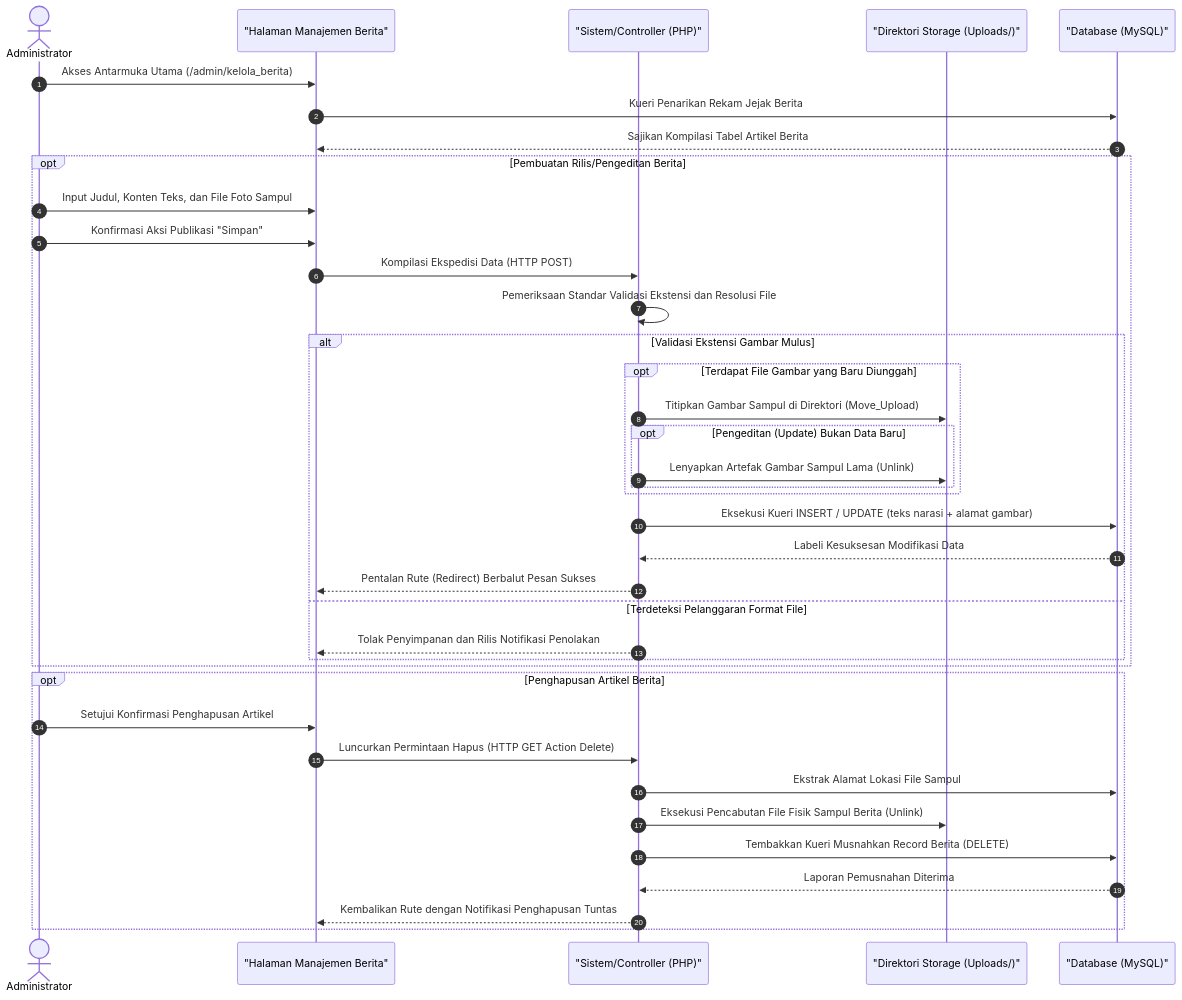
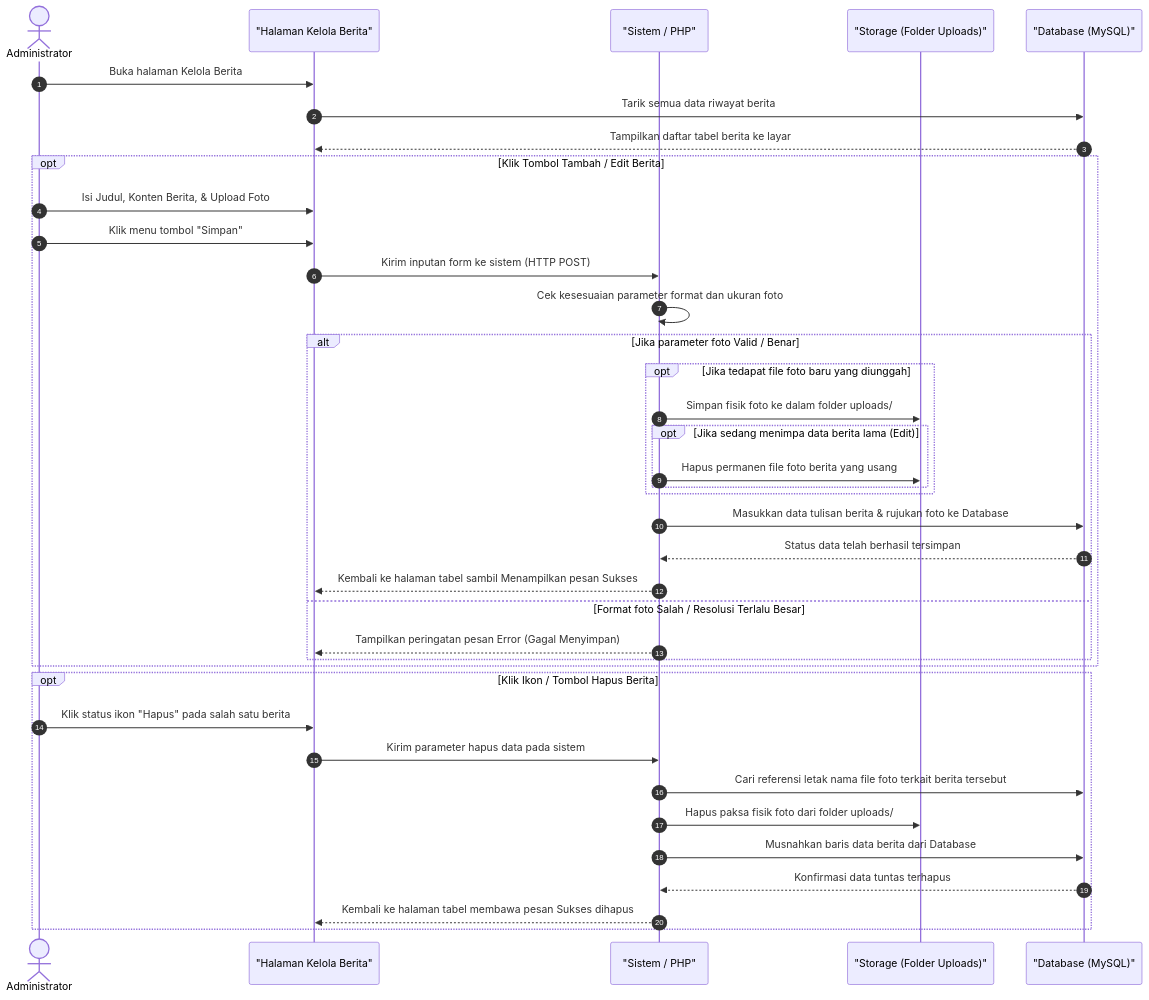
One commit to arbain-dev/Web_fikom changed the third of 17 diagrams in docs/kumpulan_sequence_backend.md. Above: the diagram before and after it, drawn with Mermaid. The commit also changed 2 other files, not shown here.

Commit message:
docs: ubah bahasa sequence diagram berita mendjadi lebih sederhana dan praktis

````diff
--- a/docs/kumpulan_sequence_backend.md
+++ b/docs/kumpulan_sequence_backend.md
@@ -95,48 +95,48 @@
 ```mermaid
 sequenceDiagram
     autonumber
     actor Admin as Administrator
-    participant View as "Halaman Manajemen Berita"
-    participant System as "Sistem/Controller (PHP)"
-    participant Server as "Direktori Storage (Uploads/)"
+    participant View as "Halaman Kelola Berita"
+    participant System as "Sistem / PHP"
+    participant Server as "Storage (Folder Uploads)"
     participant DB as "Database (MySQL)"
 
-    Admin->>View: Akses Antarmuka Utama (/admin/kelola_berita)
-    View->>DB: Kueri Penarikan Rekam Jejak Berita
-    DB-->>View: Sajikan Kompilasi Tabel Artikel Berita
+    Admin->>View: Buka halaman Kelola Berita
+    View->>DB: Tarik semua data riwayat berita
+    DB-->>View: Tampilkan daftar tabel berita ke layar
 
-    %% Proses Tambah / Edit Berita
-    opt Pembuatan Rilis/Pengeditan Berita
-        Admin->>View: Input Judul, Konten Teks, dan File Foto Sampul
-        Admin->>View: Konfirmasi Aksi Publikasi "Simpan"
-        View->>System: Kompilasi Ekspedisi Data (HTTP POST)
+    %% Proses Tambah / Edit
+    opt Klik Tombol Tambah / Edit Berita
+        Admin->>View: Isi Judul, Konten Berita, & Upload Foto
+        Admin->>View: Klik menu tombol "Simpan"
+        View->>System: Kirim inputan form ke sistem (HTTP POST)
 
-        System->>System: Pemeriksaan Standar Validasi Ekstensi dan Resolusi File
+        System->>System: Cek kesesuaian parameter format dan ukuran foto
         
-        alt Validasi Ekstensi Gambar Mulus
-            opt Terdapat File Gambar yang Baru Diunggah
-                System->>Server: Titipkan Gambar Sampul di Direktori (Move_Upload)
-                opt Pengeditan (Update) Bukan Data Baru
-                    System->>Server: Lenyapkan Artefak Gambar Sampul Lama (Unlink)
+        alt Jika parameter foto Valid / Benar
+            opt Jika tedapat file foto baru yang diunggah
+                System->>Server: Simpan fisik foto ke dalam folder uploads/
+                opt Jika sedang menimpa data berita lama (Edit)
+                    System->>Server: Hapus permanen file foto berita yang usang
                 end
             end
             
-            System->>DB: Eksekusi Kueri INSERT / UPDATE (teks narasi + alamat gambar)
-            DB-->>System: Labeli Kesuksesan Modifikasi Data
-            System-->>View: Pentalan Rute (Redirect) Berbalut Pesan Sukses  
-        else Terdeteksi Pelanggaran Format File
-            System-->>View: Tolak Penyimpanan dan Rilis Notifikasi Penolakan
+            System->>DB: Masukkan data tulisan berita & rujukan foto ke Database
+            DB-->>System: Status data telah berhasil tersimpan
+            System-->>View: Kembali ke halaman tabel sambil Menampilkan pesan Sukses
+        else Format foto Salah / Resolusi Terlalu Besar
+            System-->>View: Tampilkan peringatan pesan Error (Gagal Menyimpan)
         end
     end
 
-    %% Proses Hapus Berita
-    opt Penghapusan Artikel Berita
-        Admin->>View: Setujui Konfirmasi Penghapusan Artikel
-        View->>System: Luncurkan Permintaan Hapus (HTTP GET Action Delete)
-        System->>DB: Ekstrak Alamat Lokasi File Sampul
-        System->>Server: Eksekusi Pencabutan File Fisik Sampul Berita (Unlink)
-        System->>DB: Tembakkan Kueri Musnahkan Record Berita (DELETE)
-        DB-->>System: Laporan Pemusnahan Diterima
-        System-->>View: Kembalikan Rute dengan Notifikasi Penghapusan Tuntas
+    %% Proses Hapus
+    opt Klik Ikon / Tombol Hapus Berita
+        Admin->>View: Klik status ikon "Hapus" pada salah satu berita
+        View->>System: Kirim parameter hapus data pada sistem
+        System->>DB: Cari referensi letak nama file foto terkait berita tersebut
+        System->>Server: Hapus paksa fisik foto dari folder uploads/
+        System->>DB: Musnahkan baris data berita dari Database
+        DB-->>System: Konfirmasi data tuntas terhapus
+        System-->>View: Kembali ke halaman tabel membawa pesan Sukses dihapus
     end
 ```
````
